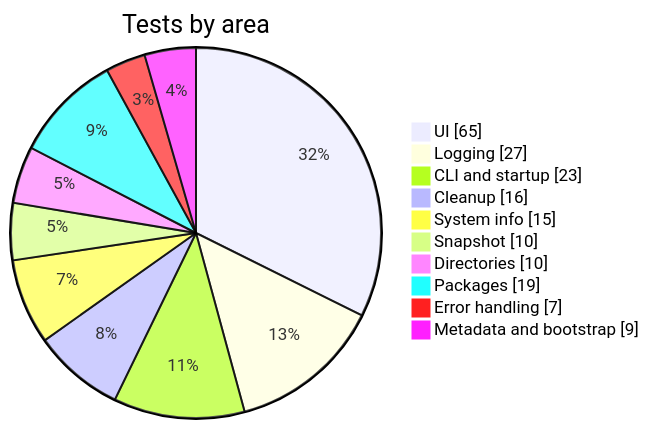
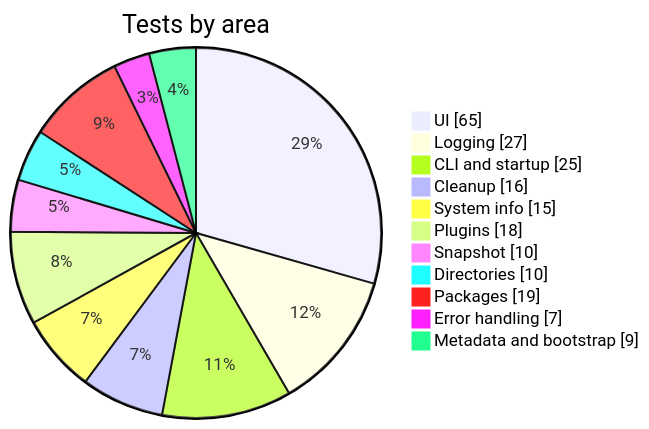
One commit to Armoghans-Organization/Omarchy-Tweaker changed the second of 4 diagrams in docs/development.md. Above: the diagram before and after it, drawn with Mermaid. The commit also changed other lines of this file and 22 other files, not shown here.

````diff
--- a/docs/development.md
+++ b/docs/development.md
@@ -480,14 +485,15 @@
 ```mermaid
 pie showData
     title Tests by area
     "UI" : 65
     "Logging" : 27
-    "CLI and startup" : 23
+    "CLI and startup" : 25
     "Cleanup" : 16
     "System info" : 15
+    "Plugins" : 18
     "Snapshot" : 10
     "Directories" : 10
     "Packages" : 19
     "Error handling" : 7
     "Metadata and bootstrap" : 9
 ```
````
